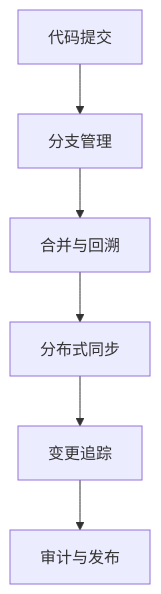
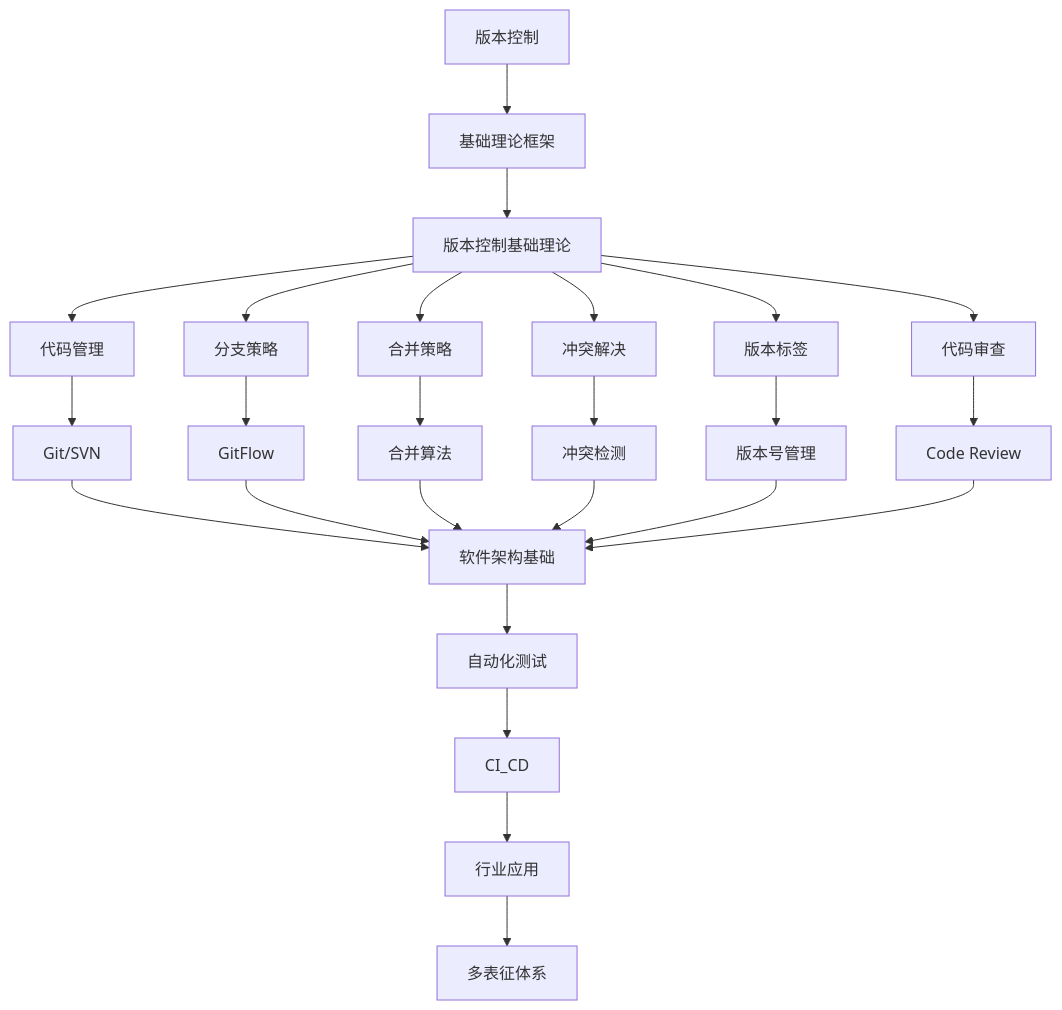
Before and after one commit to AdaMartin18010/Data-Science: the diagram in Analysis/7-持续集成与演进/7.1-版本控制/README.md, drawn with Mermaid. The commit also changed other lines of this file and 27 other files, not shown here.

````diff
--- a/Analysis/7-持续集成与演进/7.1-版本控制/README.md
+++ b/Analysis/7-持续集成与演进/7.1-版本控制/README.md
@@ -25,8 +18,22 @@
 ```mermaid
 flowchart TD
-  C[代码提交] --> B[分支管理]
-  B --> M[合并与回溯]
-  M --> D[分布式同步]
-  D --> T[变更追踪]
-  T --> A[审计与发布]
+  A[版本控制] --> B[基础理论框架]
+  B --> C[版本控制基础理论]
+  C --> D[代码管理]
+  C --> E[分支策略]
+  C --> F[合并策略]
+  C --> G[冲突解决]
+  C --> H[版本标签]
+  C --> I[代码审查]
+  D --> J[Git/SVN]
+  E --> K[GitFlow]
+  F --> L[合并算法]
+  G --> M[冲突检测]
+  H --> N[版本号管理]
+  I --> O[Code Review]
+  J & K & L & M & N & O --> P[软件架构基础]
+  P --> Q[自动化测试]
+  Q --> R[CI_CD]
+  R --> S[行业应用]
+  S --> T[多表征体系]
 ```
````
